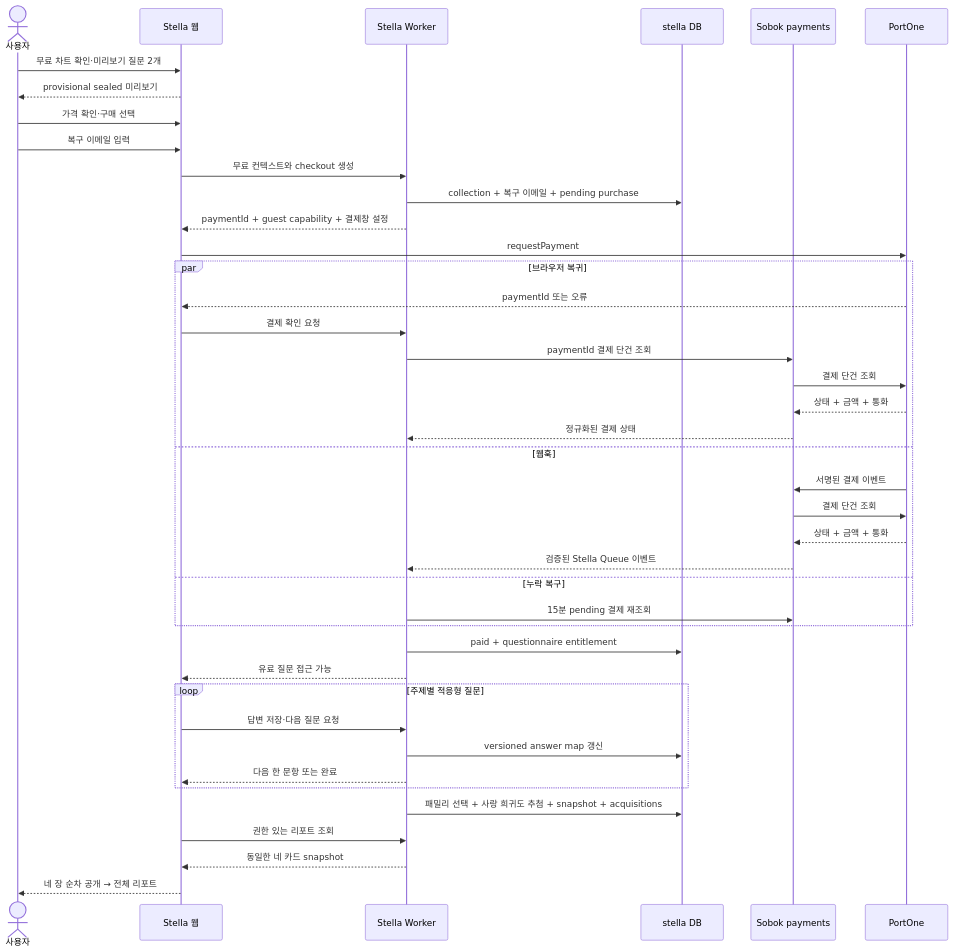
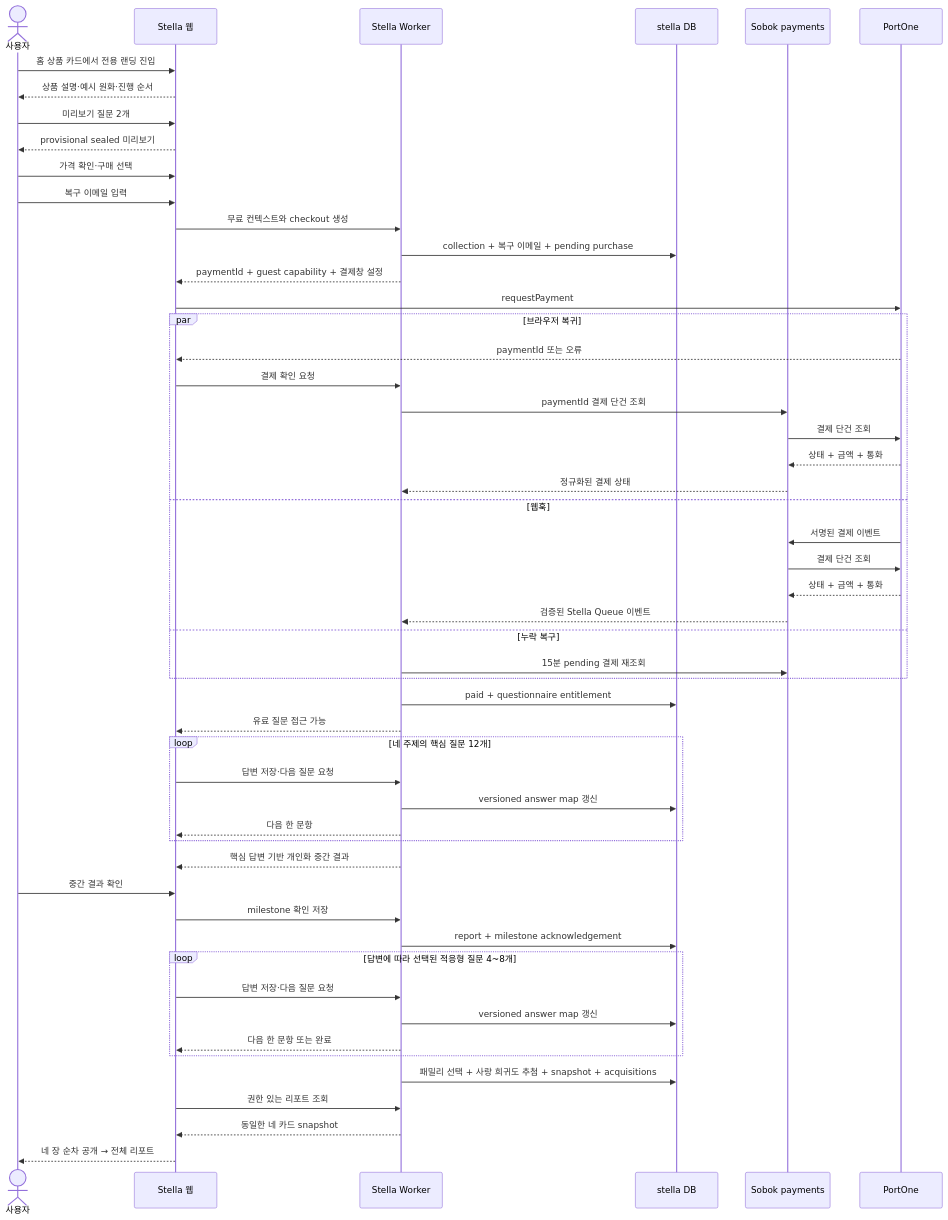
Before and after one commit to sobok2026/sobok: the diagram in apps/stella/design/zodiac-guardians/korea-paid-report-vertical-slice.md, drawn with Mermaid. The commit also changed other lines of this file and 31 other files, not shown here.

````diff
--- a/apps/stella/design/zodiac-guardians/korea-paid-report-vertical-slice.md
+++ b/apps/stella/design/zodiac-guardians/korea-paid-report-vertical-slice.md
@@ -95,46 +98,57 @@
 ```mermaid
 sequenceDiagram
   actor U as 사용자
   participant B as Stella 웹
   participant W as Stella Worker
   participant D as stella DB
   participant X as Sobok payments
   participant P as PortOne
 
-  U->>B: 무료 차트 확인·미리보기 질문 2개
+  U->>B: 홈 상품 카드에서 전용 랜딩 진입
+  B-->>U: 상품 설명·예시 원화·진행 순서
+  U->>B: 미리보기 질문 2개
   B-->>U: provisional sealed 미리보기
   U->>B: 가격 확인·구매 선택
   U->>B: 복구 이메일 입력
   B->>W: 무료 컨텍스트와 checkout 생성
   W->>D: collection + 복구 이메일 + pending purchase
   W-->>B: paymentId + guest capability + 결제창 설정
   B->>P: requestPayment
 
   par 브라우저 복귀
     P-->>B: paymentId 또는 오류
     B->>W: 결제 확인 요청
     W->>X: paymentId 결제 단건 조회
     X->>P: 결제 단건 조회
     P-->>X: 상태 + 금액 + 통화
     X-->>W: 정규화된 결제 상태
   and 웹훅
     P->>X: 서명된 결제 이벤트
     X->>P: 결제 단건 조회
     P-->>X: 상태 + 금액 + 통화
     X-->>W: 검증된 Stella Queue 이벤트
   and 누락 복구
     W->>X: 15분 pending 결제 재조회
   end
 
   W->>D: paid + questionnaire entitlement
   W-->>B: 유료 질문 접근 가능
-  loop 주제별 적응형 질문
+  loop 네 주제의 핵심 질문 12개
+    B->>W: 답변 저장·다음 질문 요청
+    W->>D: versioned answer map 갱신
+    W-->>B: 다음 한 문항
+  end
+  W-->>B: 핵심 답변 기반 개인화 중간 결과
+  U->>B: 중간 결과 확인
+  B->>W: milestone 확인 저장
+  W->>D: report + milestone acknowledgement
+  loop 답변에 따라 선택된 적응형 질문 4~8개
     B->>W: 답변 저장·다음 질문 요청
     W->>D: versioned answer map 갱신
     W-->>B: 다음 한 문항 또는 완료
   end
   W->>D: 패밀리 선택 + 사랑 희귀도 추첨 + snapshot + acquisitions
   B->>W: 권한 있는 리포트 조회
   W-->>B: 동일한 네 카드 snapshot
   B-->>U: 네 장 순차 공개 → 전체 리포트
 ```
````
